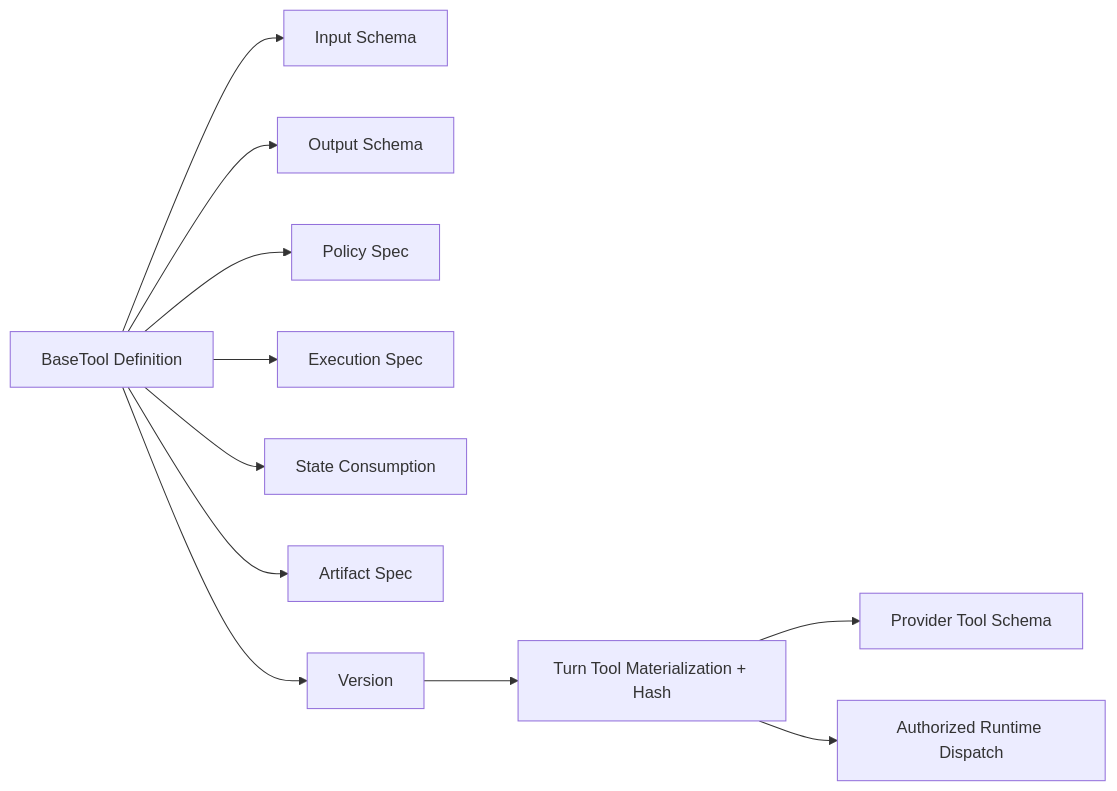
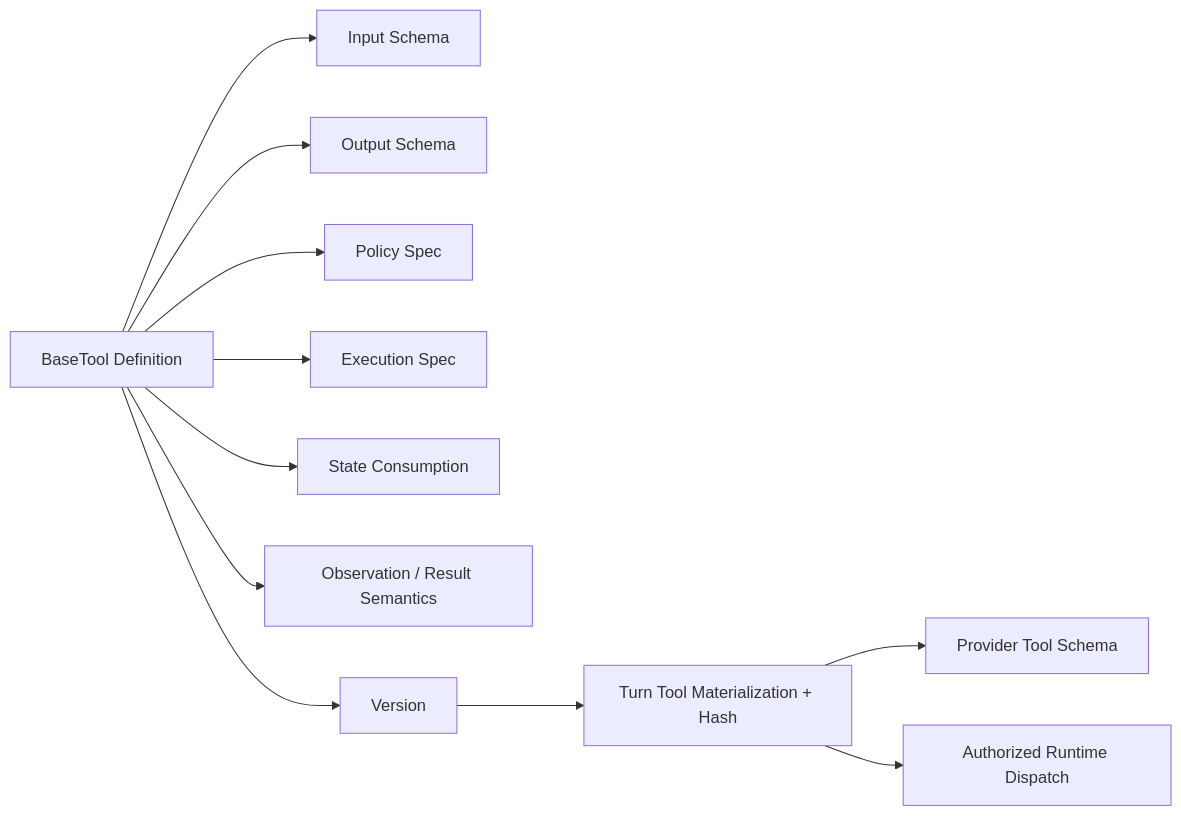
The sixth of 10 diagrams in docs/architecture/agent-runtime.md (trrueee/DBFox), drawn with Mermaid before and after one commit. The commit also changed other lines of this file and 15 other files, not shown here.

````diff
--- a/docs/architecture/agent-runtime.md
+++ b/docs/architecture/agent-runtime.md
@@ -180,13 +186,13 @@
 ```mermaid
 flowchart LR
   TOOLDEF["BaseTool Definition"] --> INPUT["Input Schema"]
   TOOLDEF --> OUTPUT["Output Schema"]
   TOOLDEF --> POLICY["Policy Spec"]
   TOOLDEF --> EXEC["Execution Spec"]
   TOOLDEF --> STATE["State Consumption"]
-  TOOLDEF --> ART["Artifact Spec"]
+  TOOLDEF --> SEMANTICS["Observation / Result Semantics"]
   TOOLDEF --> VERSION["Version"]
   VERSION --> MATERIAL["Turn Tool Materialization + Hash"]
   MATERIAL --> PROVIDER["Provider Tool Schema"]
   MATERIAL --> RUNTIME["Authorized Runtime Dispatch"]
 ```
````
